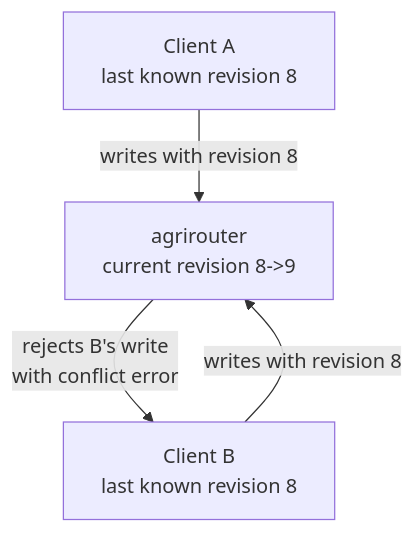
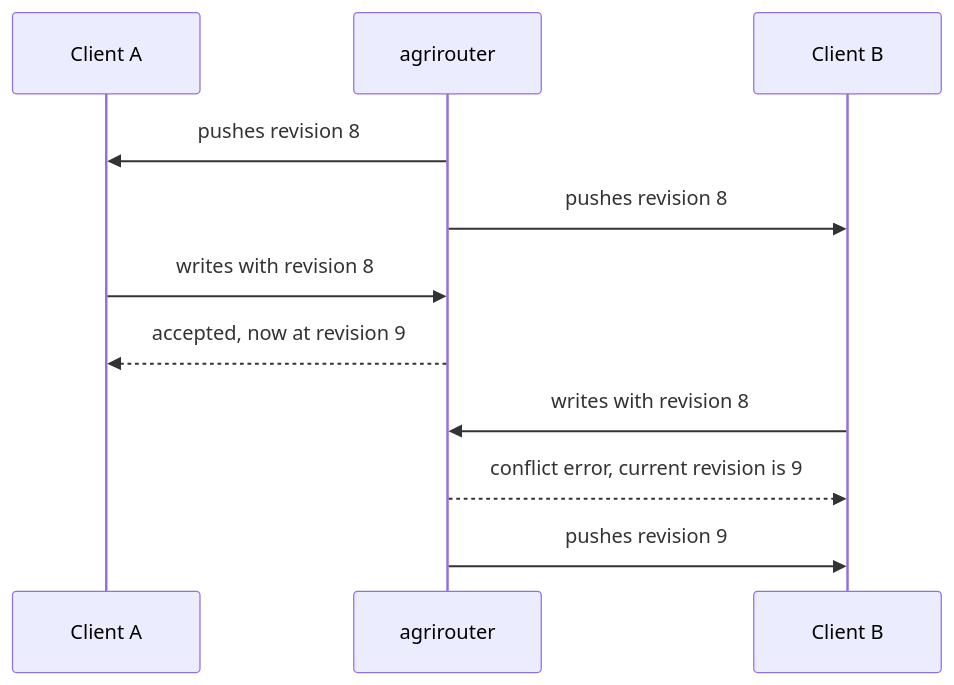
Before and after one commit to DKE-Data/masterdata-sync-working-group: the first of 2 diagrams in architecture/05-stale-reads.md, drawn with Mermaid. The commit also changed other lines of this file, not shown here.

Commit message:
Udpate diagram and language in ADR 5

````diff
--- a/architecture/05-stale-reads.md
+++ b/architecture/05-stale-reads.md
@@ -29,11 +29,13 @@
 ```mermaid
-flowchart TB
-    A["Client A<br/>last known revision 8"]
-    B["Client B<br/>last known revision 8"]
-    C["agrirouter<br/>current revision 8->9"]
-    A -->|"writes with revision 8"| C
-    B -->|"writes with revision 8"| C
-    C -->|"rejects B's write<br/>with conflict error"| B
-    %% ceasg:{"id":"h0g1x7i7"} %%
-    %% mermaid-flow:pos A=102,59 B=389,62 C=239,-97
+sequenceDiagram
+    participant A as Client A
+    participant AR as agrirouter
+    participant B as Client B
+    AR->>A: pushes revision 8
+    AR->>B: pushes revision 8
+    A->>AR: writes with revision 8
+    AR-->>A: accepted, now at revision 9
+    B->>AR: writes with revision 8
+    AR-->>B: conflict error, current revision is 9
+    AR->>B: pushes revision 9
 ```
````
